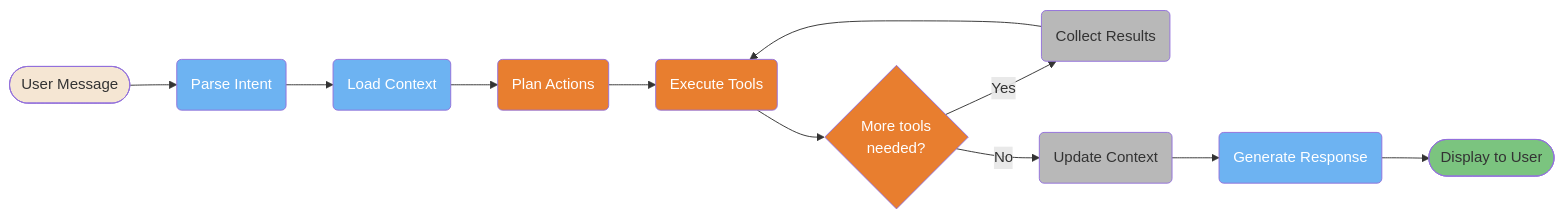
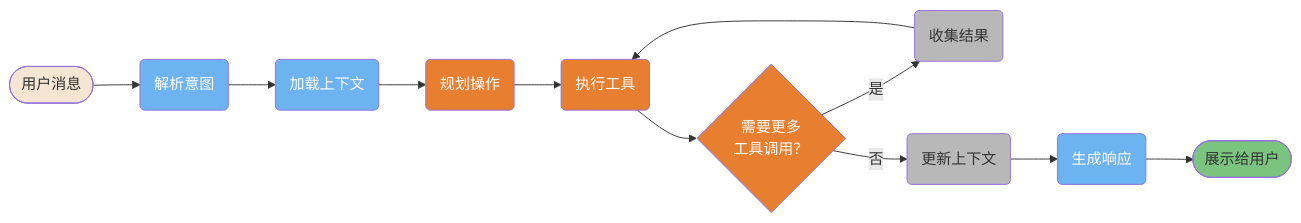
One commit to lawrencewzen/aispark-wiki changed the second of 4 diagrams in claude-code/diagrams/01-foundations.md. Above: the diagram before and after it, drawn with Mermaid. The commit also changed other lines of this file and 82 other files, not shown here.

First line of the commit message:
feat: 完成 claude-code/ 目录全量中文翻译

````diff
--- a/claude-code/diagrams/01-foundations.md
+++ b/claude-code/diagrams/01-foundations.md
@@ -89,35 +89,35 @@
 ```mermaid
 flowchart LR
-    A([User Message]) --> B(Parse Intent)
-    B --> C(Load Context)
-    C --> D(Plan Actions)
-    D --> E(Execute Tools)
-    E --> F{More tools<br/>needed?}
-    F -->|Yes| G(Collect Results)
+    A([用户消息]) --> B(解析意图)
+    B --> C(加载上下文)
+    C --> D(规划操作)
+    D --> E(执行工具)
+    E --> F{需要更多<br/>工具调用？}
+    F -->|是| G(收集结果)
     G --> E
-    F -->|No| H(Update Context)
-    H --> I(Generate Response)
-    I --> J([Display to User])
+    F -->|否| H(更新上下文)
+    H --> I(生成响应)
+    I --> J([展示给用户])
 
     style A fill:#F5E6D3,color:#333
     style B fill:#6DB3F2,color:#fff
     style C fill:#6DB3F2,color:#fff
     style D fill:#E87E2F,color:#fff
     style E fill:#E87E2F,color:#fff
     style F fill:#E87E2F,color:#fff
     style G fill:#B8B8B8,color:#333
     style H fill:#B8B8B8,color:#333
     style I fill:#6DB3F2,color:#fff
     style J fill:#7BC47F,color:#333
 
-    click A href "https://github.com/claude-code-ultimate-guide/claude-code-ultimate-guide/blob/main/guide/ultimate-guide.md#12-first-workflow" "First Workflow"
-    click B href "https://github.com/claude-code-ultimate-guide/claude-code-ultimate-guide/blob/main/guide/core/architecture.md#1-the-master-loop" "Parse Intent — Master Loop"
-    click C href "https://github.com/claude-code-ultimate-guide/claude-code-ultimate-guide/blob/main/guide/ultimate-guide.md#22-context-management" "Load Context"
-    click D href "https://github.com/claude-code-ultimate-guide/claude-code-ultimate-guide/blob/main/guide/ultimate-guide.md#23-plan-mode" "Plan Actions — Plan Mode"
-    click E href "https://github.com/claude-code-ultimate-guide/claude-code-ultimate-guide/blob/main/guide/core/architecture.md#2-the-tool-arsenal" "Execute Tools"
-    click F href "https://github.com/claude-code-ultimate-guide/claude-code-ultimate-guide/blob/main/guide/core/architecture.md#1-the-master-loop" "More Tools? — Master Loop"
-    click G href "https://github.com/claude-code-ultimate-guide/claude-code-ultimate-guide/blob/main/guide/core/architecture.md#1-the-master-loop" "Collect Results"
-    click H href "https://github.com/claude-code-ultimate-guide/claude-code-ultimate-guide/blob/main/guide/ultimate-guide.md#22-context-management" "Update Context"
-    click I href "https://github.com/claude-code-ultimate-guide/claude-code-ultimate-guide/blob/main/guide/core/architecture.md#1-the-master-loop" "Generate Response"
-    click J href "https://github.com/claude-code-ultimate-guide/claude-code-ultimate-guide/blob/main/guide/ultimate-guide.md#12-first-workflow" "Display to User"
+    click A href "https://github.com/claude-code-ultimate-guide/claude-code-ultimate-guide/blob/main/guide/ultimate-guide.md#12-first-workflow" "首次工作流"
+    click B href "https://github.com/claude-code-ultimate-guide/claude-code-ultimate-guide/blob/main/guide/core/architecture.md#1-the-master-loop" "解析意图 — 主循环"
+    click C href "https://github.com/claude-code-ultimate-guide/claude-code-ultimate-guide/blob/main/guide/ultimate-guide.md#22-context-management" "加载上下文"
+    click D href "https://github.com/claude-code-ultimate-guide/claude-code-ultimate-guide/blob/main/guide/ultimate-guide.md#23-plan-mode" "规划操作 — 计划模式"
+    click E href "https://github.com/claude-code-ultimate-guide/claude-code-ultimate-guide/blob/main/guide/core/architecture.md#2-the-tool-arsenal" "执行工具"
+    click F href "https://github.com/claude-code-ultimate-guide/claude-code-ultimate-guide/blob/main/guide/core/architecture.md#1-the-master-loop" "需要更多工具？— 主循环"
+    click G href "https://github.com/claude-code-ultimate-guide/claude-code-ultimate-guide/blob/main/guide/core/architecture.md#1-the-master-loop" "收集结果"
+    click H href "https://github.com/claude-code-ultimate-guide/claude-code-ultimate-guide/blob/main/guide/ultimate-guide.md#22-context-management" "更新上下文"
+    click I href "https://github.com/claude-code-ultimate-guide/claude-code-ultimate-guide/blob/main/guide/core/architecture.md#1-the-master-loop" "生成响应"
+    click J href "https://github.com/claude-code-ultimate-guide/claude-code-ultimate-guide/blob/main/guide/ultimate-guide.md#12-first-workflow" "展示给用户"
 ```
````
